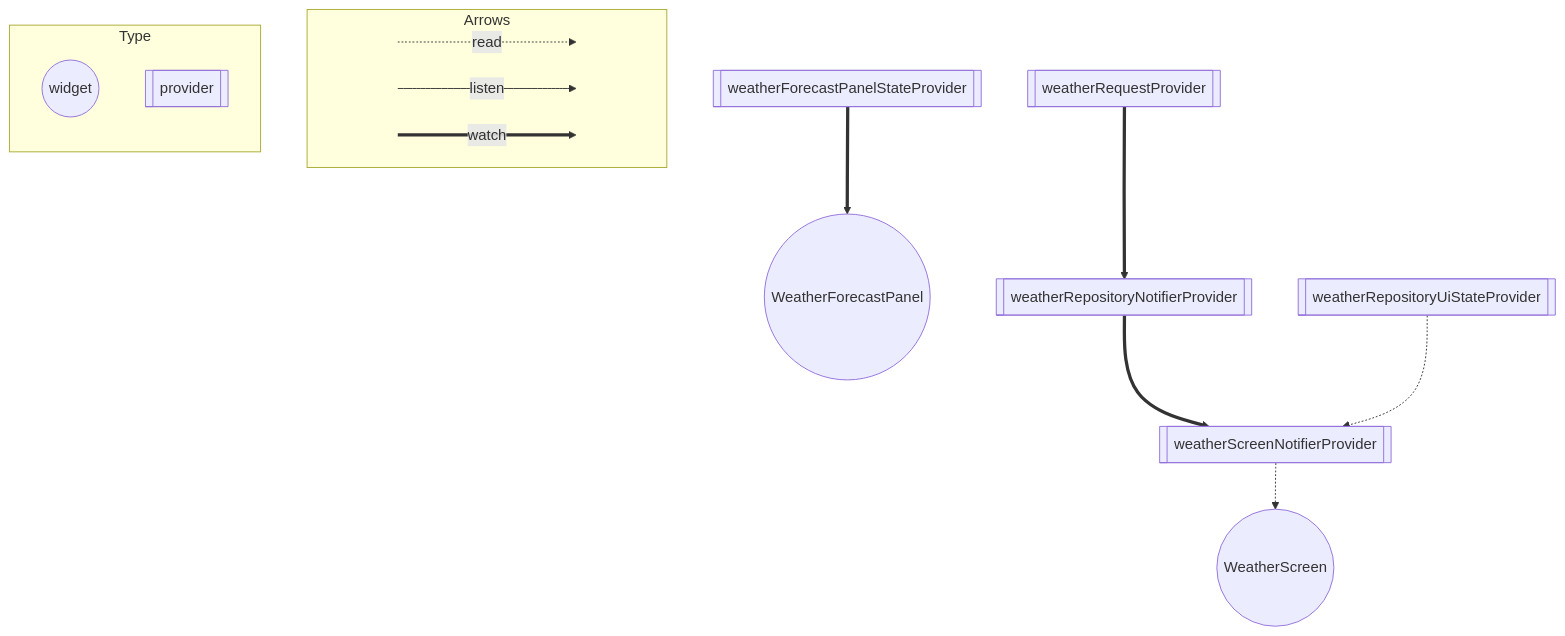
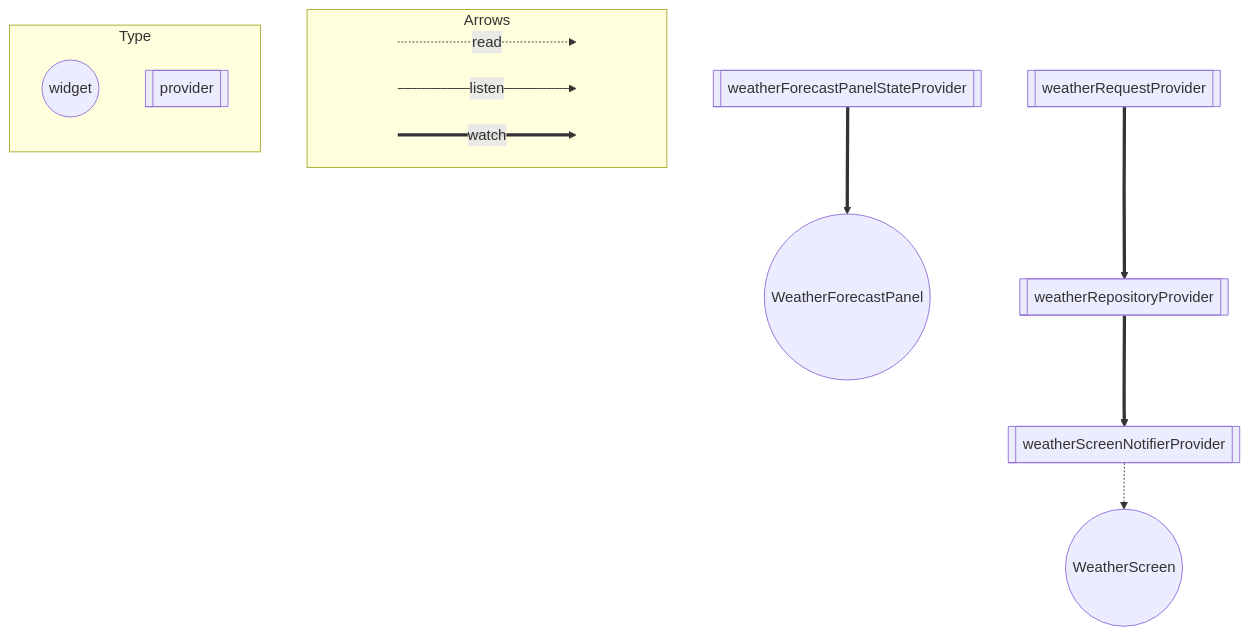
The diagram in ARCHITECTURE.md (iseruuuuu/flutter_yumemi_training_app), drawn with Mermaid before and after one commit.

Commit message:
add: add ARCHITECTURE.md

````diff
--- a/ARCHITECTURE.md
+++ b/ARCHITECTURE.md
@@ -3,34 +3,33 @@
 ```mermaid
 flowchart TB
   subgraph Arrows
     direction LR
     start1[ ] -..->|read| stop1[ ]
     style start1 height:0px;
     style stop1 height:0px;
     start2[ ] --->|listen| stop2[ ]
     style start2 height:0px;
     style stop2 height:0px; 
     start3[ ] ===>|watch| stop3[ ]
     style start3 height:0px;
     style stop3 height:0px; 
   end
 
   subgraph Type
     direction TB
     ConsumerWidget((widget));
     Provider[[provider]];
   end
   WeatherForecastPanel((WeatherForecastPanel));
   weatherForecastPanelStateProvider ==> WeatherForecastPanel;
   WeatherScreen((WeatherScreen));
   weatherScreenNotifierProvider -.-> WeatherScreen;
   weatherForecastPanelStateProvider[[weatherForecastPanelStateProvider]];
-  weatherRepositoryNotifierProvider[[weatherRepositoryNotifierProvider]];
-  weatherRequestProvider ==> weatherRepositoryNotifierProvider;
+  weatherRepositoryProvider[[weatherRepositoryProvider]];
+  weatherRequestProvider ==> weatherRepositoryProvider;
   weatherRequestProvider[[weatherRequestProvider]];
   weatherScreenNotifierProvider[[weatherScreenNotifierProvider]];
-  weatherRepositoryNotifierProvider ==> weatherScreenNotifierProvider;
-  weatherRepositoryUiStateProvider -.-> weatherScreenNotifierProvider;
-  weatherRepositoryUiStateProvider[[weatherRepositoryUiStateProvider]];
+  weatherRepositoryProvider ==> weatherScreenNotifierProvider;
+
 
 ```
````
